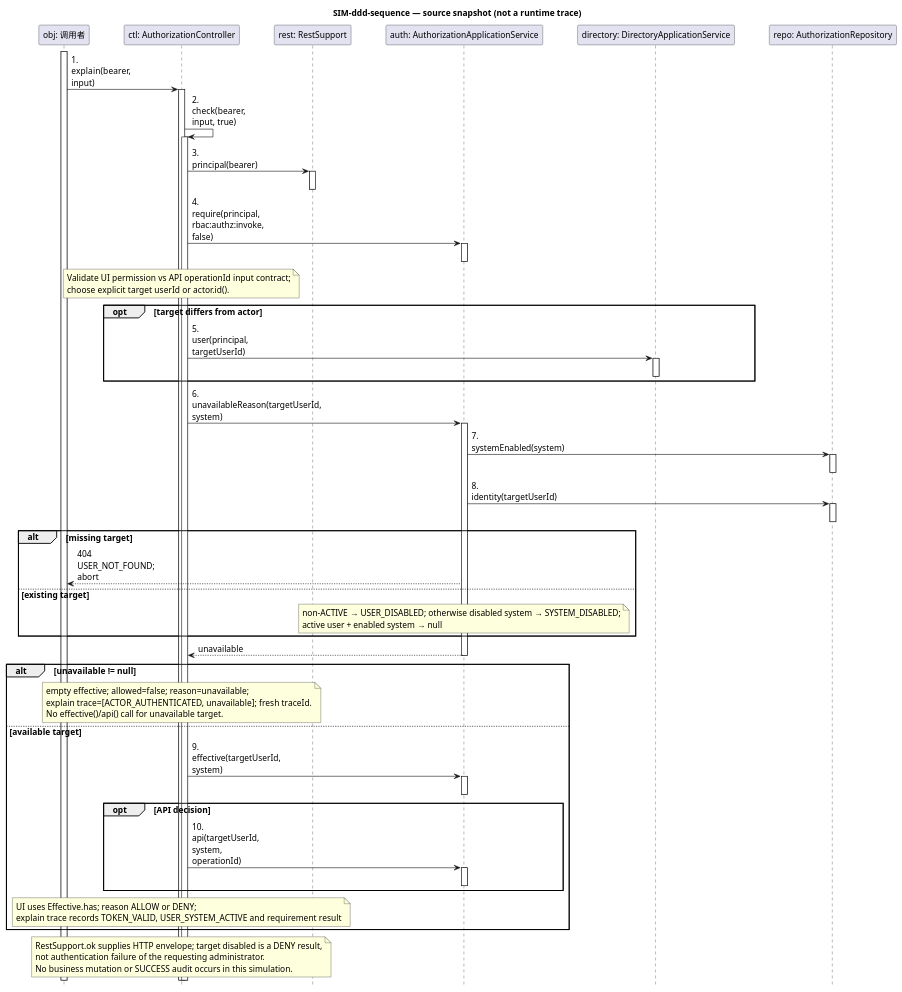
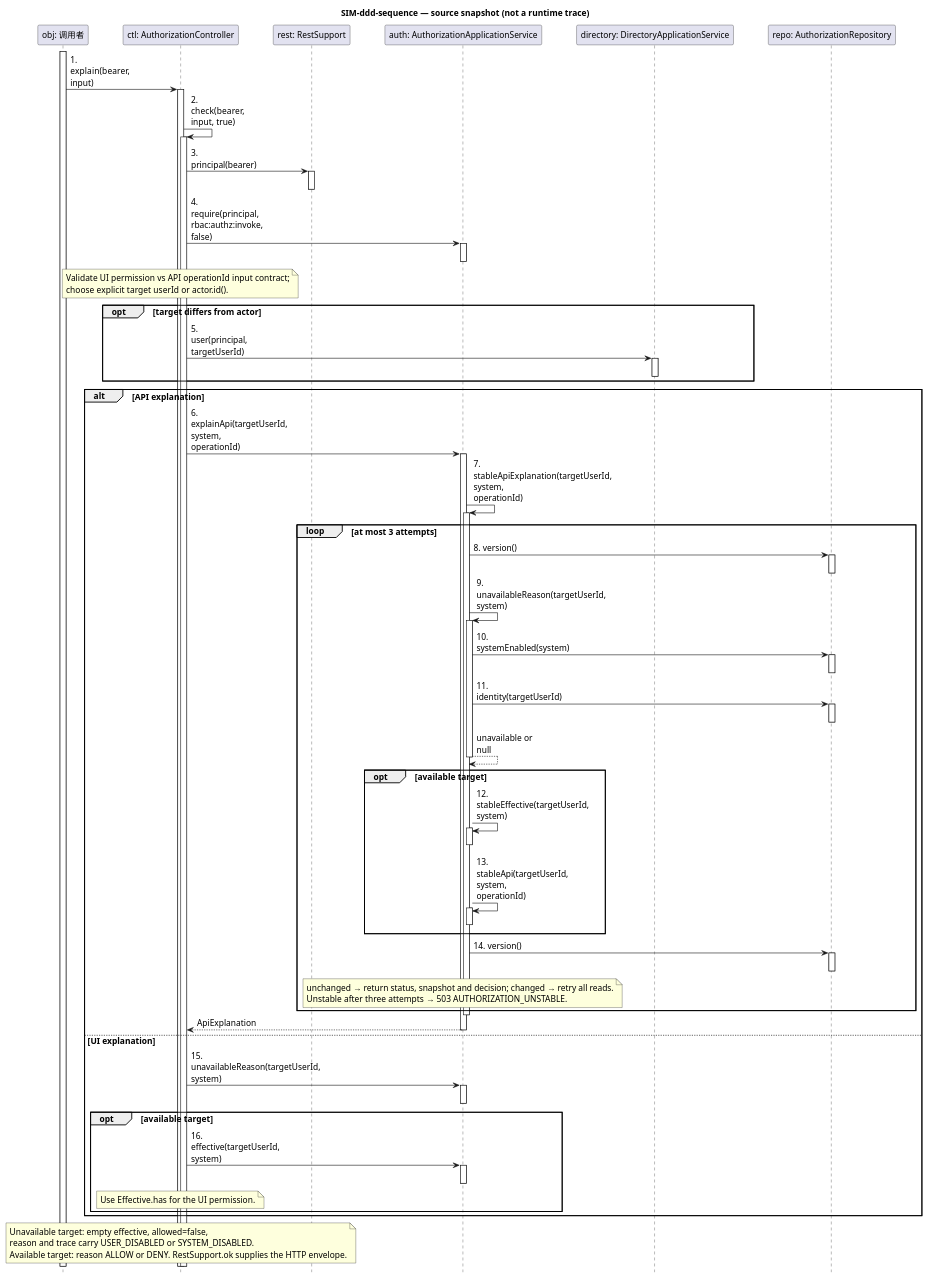
The diagram in docs/design/SIM-ddd-sequence.puml (tang-new/OOAD), drawn with PlantUML before and after one commit. The commit also changed 44 other files, not shown here.

```diff
--- a/docs/design/SIM-ddd-sequence.puml
+++ b/docs/design/SIM-ddd-sequence.puml
@@ -1,82 +1,95 @@
 @startuml
 hide footbox
 skinparam defaultFontName Microsoft YaHei
 skinparam defaultFontSize 14
 skinparam ParticipantPadding 24
 skinparam BoxPadding 12
 skinparam sequenceMessageAlign left
 skinparam maxMessageSize 100
 title SIM-ddd-sequence — source snapshot (not a runtime trace)
 participant "obj: 调用者" as obj
 participant "ctl: AuthorizationController" as ctl
 participant "rest: RestSupport" as rest
 participant "auth: AuthorizationApplicationService" as auth
 participant "directory: DirectoryApplicationService" as directory
 participant "repo: AuthorizationRepository" as repo
 activate obj
 obj -> ctl: 1. explain(bearer, input)
 activate ctl
 ctl -> ctl: 2. check(bearer, input, true)
 activate ctl
 ctl -> rest: 3. principal(bearer)
 activate rest
 deactivate rest
 ctl -> auth: 4. require(principal, rbac:authz:invoke, false)
 activate auth
 deactivate auth
 note over ctl
 Validate UI permission vs API operationId input contract;
 choose explicit target userId or actor.id().
 end note
 opt target differs from actor
 ctl -> directory: 5. user(principal, targetUserId)
 activate directory
 deactivate directory
 end
-ctl -> auth: 6. unavailableReason(targetUserId, system)
+alt API explanation
+ctl -> auth: 6. explainApi(targetUserId, system, operationId)
 activate auth
-auth -> repo: 7. systemEnabled(system)
+auth -> auth: 7. stableApiExplanation(targetUserId, system, operationId)
+activate auth
+loop at most 3 attempts
+auth -> repo: 8. version()
 activate repo
 deactivate repo
-auth -> repo: 8. identity(targetUserId)
+auth -> auth: 9. unavailableReason(targetUserId, system)
+activate auth
+auth -> repo: 10. systemEnabled(system)
 activate repo
 deactivate repo
-alt missing target
-auth --> obj: 404 USER_NOT_FOUND; abort
-else existing target
-note over auth
-non-ACTIVE → USER_DISABLED; otherwise disabled system → SYSTEM_DISABLED;
-active user + enabled system → null
-end note
-end
-auth --> ctl: unavailable
+auth -> repo: 11. identity(targetUserId)
+activate repo
+deactivate repo
+auth --> auth: unavailable or null
 deactivate auth
-alt unavailable != null
-note over ctl
-empty effective; allowed=false; reason=unavailable;
-explain trace=[ACTOR_AUTHENTICATED, unavailable]; fresh traceId.
-No effective()/api() call for unavailable target.
-end note
-else available target
-ctl -> auth: 9. effective(targetUserId, system)
+opt available target
+auth -> auth: 12. stableEffective(targetUserId, system)
 activate auth
 deactivate auth
-opt API decision
-ctl -> auth: 10. api(targetUserId, system, operationId)
+auth -> auth: 13. stableApi(targetUserId, system, operationId)
 activate auth
 deactivate auth
 end
-note over ctl
-UI uses Effective.has; reason ALLOW or DENY;
-explain trace records TOKEN_VALID, USER_SYSTEM_ACTIVE and requirement result
+auth -> repo: 14. version()
+activate repo
+deactivate repo
+note over auth
+unchanged → return status, snapshot and decision; changed → retry all reads.
+Unstable after three attempts → 503 AUTHORIZATION_UNSTABLE.
 end note
 end
+deactivate auth
+auth --> ctl: ApiExplanation
+deactivate auth
+else UI explanation
+ctl -> auth: 15. unavailableReason(targetUserId, system)
+activate auth
+deactivate auth
+opt available target
+ctl -> auth: 16. effective(targetUserId, system)
+activate auth
+deactivate auth
 note over ctl
-RestSupport.ok supplies HTTP envelope; target disabled is a DENY result,
-not authentication failure of the requesting administrator.
-No business mutation or SUCCESS audit occurs in this simulation.
+Use Effective.has for the UI permission.
+end note
+end
+end
+note over ctl
+Unavailable target: empty effective, allowed=false,
+reason and trace carry USER_DISABLED or SYSTEM_DISABLED.
+Available target: reason ALLOW or DENY. RestSupport.ok supplies the HTTP envelope.
 end note
 deactivate ctl
 deactivate ctl
 deactivate obj
 @enduml
```
